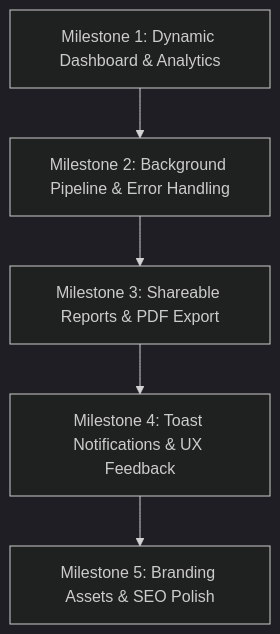
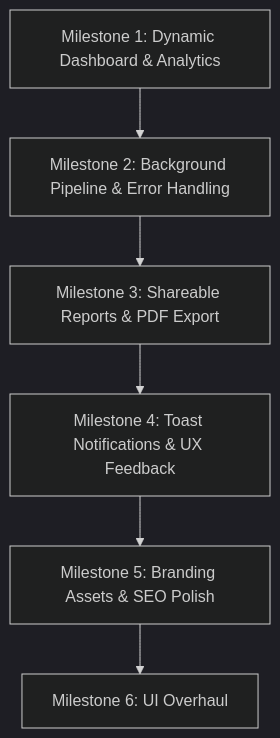
One commit to Afolabi-bit/AuditHQ changed the diagram in plan.md. Above: the diagram before and after it, drawn with Mermaid (dark theme). The commit also changed other lines of this file and 8 other files, not shown here.

````diff
--- a/plan.md
+++ b/plan.md
@@ -85,7 +85,8 @@
 ```mermaid
 graph TD
     A[Milestone 1: Dynamic Dashboard & Analytics] --> B[Milestone 2: Background Pipeline & Error Handling]
     B --> C[Milestone 3: Shareable Reports & PDF Export]
     C --> D[Milestone 4: Toast Notifications & UX Feedback]
     D --> E[Milestone 5: Branding Assets & SEO Polish]
+    E --> F[Milestone 6: UI Overhaul]
 ```
````
